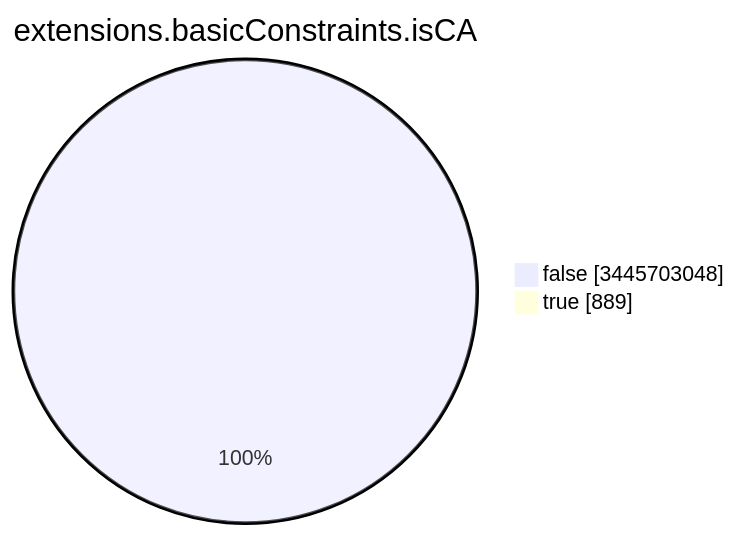
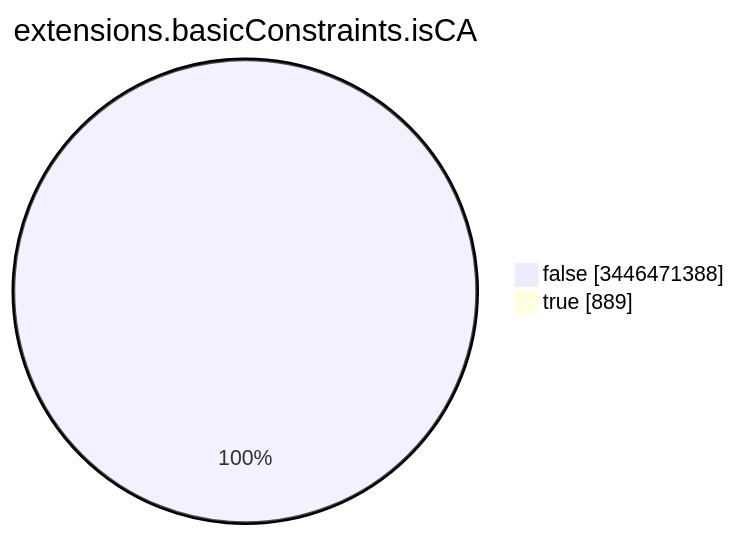
Before and after one commit to christiankrug/ctmonitor_visualization: the seventh of 15 diagrams in TOTAL/README.md, drawn with Mermaid. The commit also changed other lines of this file, not shown here.

````diff
--- a/TOTAL/README.md
+++ b/TOTAL/README.md
@@ -3092,6 +3092,6 @@
 ```mermaid
 pie showData
 title extensions.basicConstraints.isCA
-"false" :3445703048
+"false" :3446471388
 "true" :889
 ```
````
